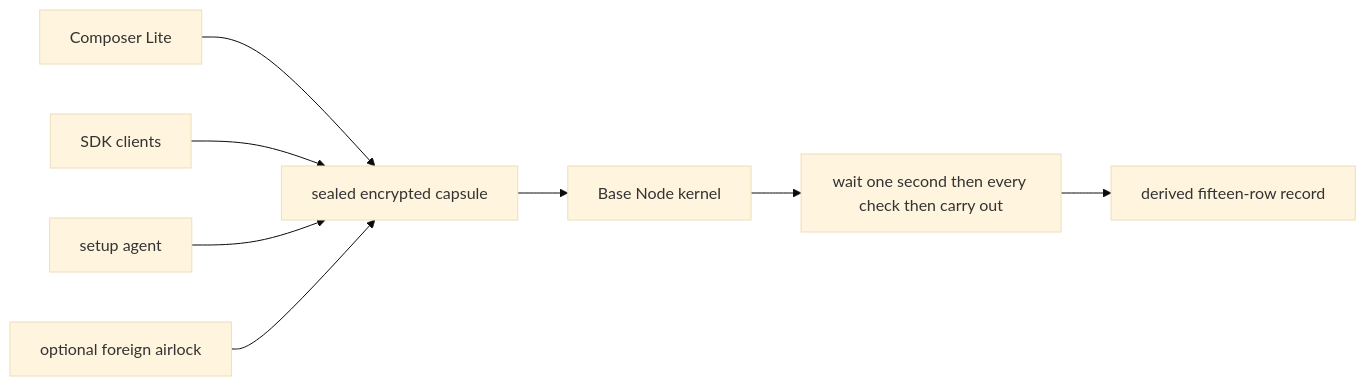
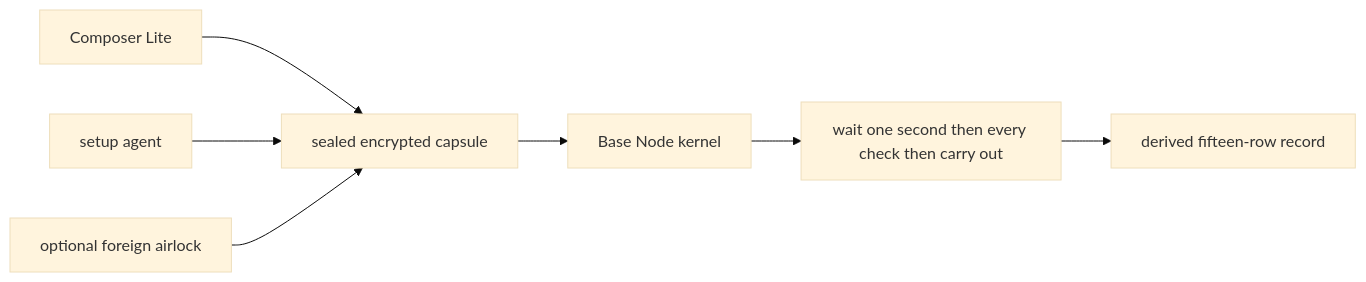
The third of 4 diagrams in README.md (thePM001/AEP-agent-element-protocol), drawn with Mermaid (base theme) before and after one commit. The commit also changed other lines of this file, not shown here.

````diff
--- a/README.md
+++ b/README.md
@@ -533,18 +531,16 @@
 ```mermaid
 flowchart LR
   UI[Composer Lite]
-  SDK[SDK clients]
   CCA[setup agent]
   UCB[optional foreign airlock]
   LT[sealed encrypted capsule]
   BN[Base Node kernel]
   EVAL[wait one second then every check then carry out]
   LEDGER[derived fifteen-row record]
   UI --> LT
-  SDK --> LT
   CCA --> LT
   UCB --> LT
   LT --> BN
   BN --> EVAL
   EVAL --> LEDGER
 ```
````
